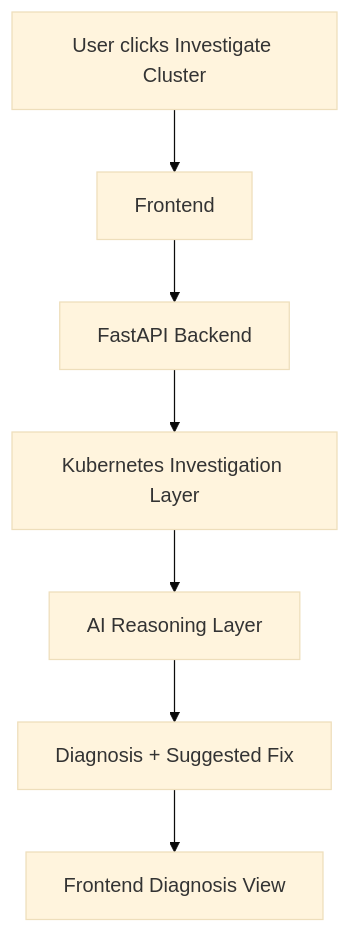
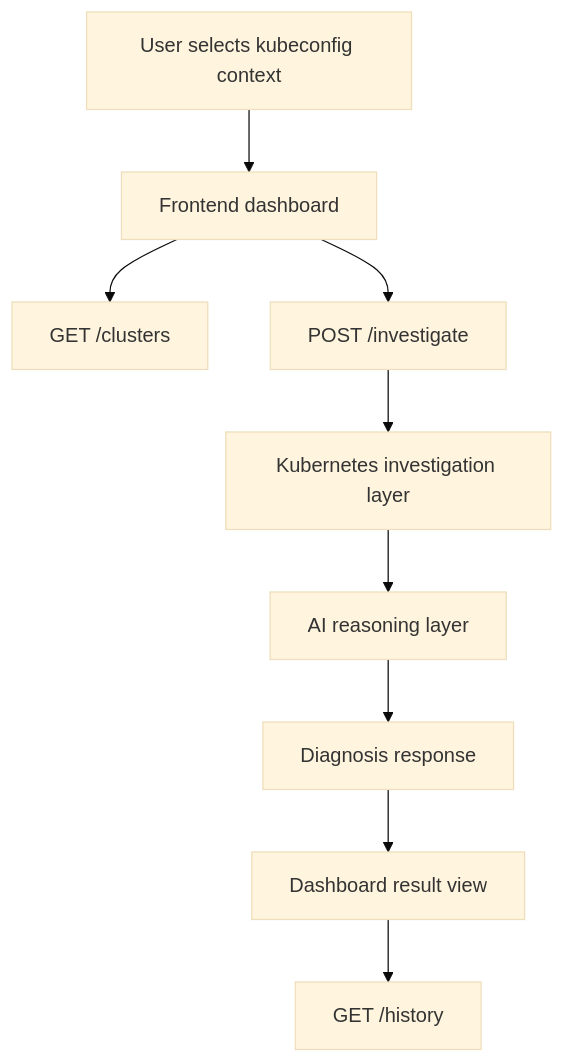
Before and after one commit to Cloud-DevopswithAman/kuberenetes-AI-agent: the diagram in docs/architecture.md, drawn with Mermaid (base theme). The commit also changed other lines of this file and 21 other files, not shown here.

````diff
--- a/docs/architecture.md
+++ b/docs/architecture.md
@@ -61,9 +61,11 @@
 ```mermaid
 flowchart TD
-    A[User clicks Investigate Cluster] --> B[Frontend]
-    B --> C[FastAPI Backend]
-    C --> D[Kubernetes Investigation Layer]
-    D --> E[AI Reasoning Layer]
-    E --> F[Diagnosis + Suggested Fix]
-    F --> G[Frontend Diagnosis View]
+    A[User selects kubeconfig context] --> B[Frontend dashboard]
+    B --> C[GET /clusters]
+    B --> D[POST /investigate]
+    D --> E[Kubernetes investigation layer]
+    E --> F[AI reasoning layer]
+    F --> G[Diagnosis response]
+    G --> H[Dashboard result view]
+    H --> I[GET /history]
 ```
````
